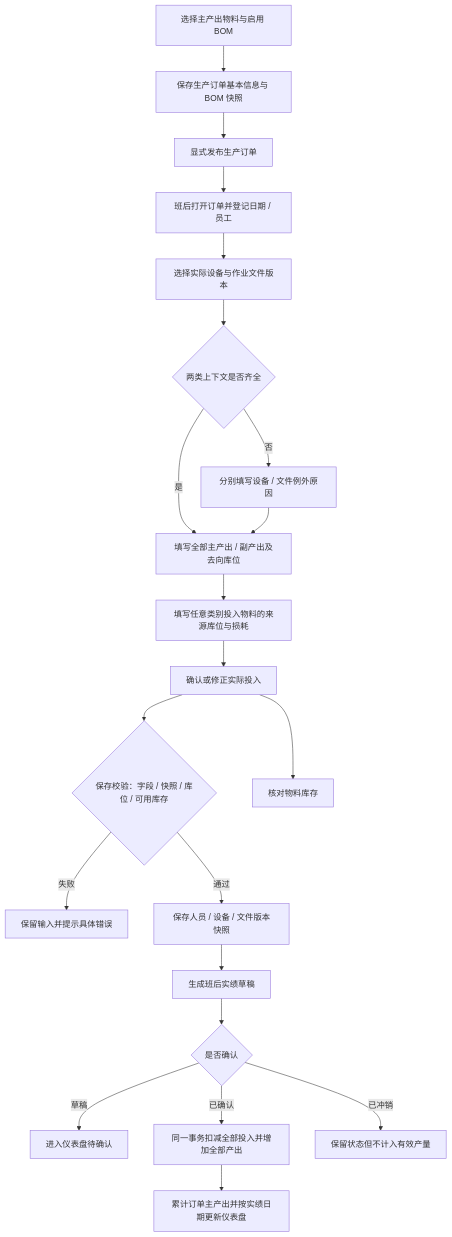
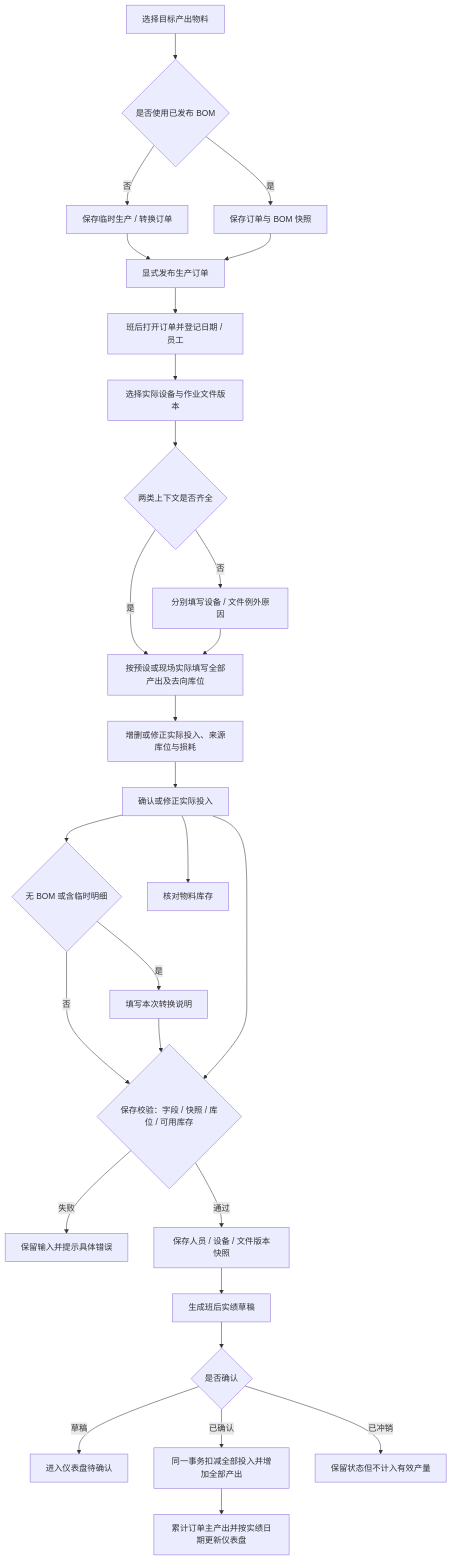
One commit to goldf2/mes-lite changed diagram 11 of 18 in docs/minierp/system-function-flow.md. Above: the diagram before and after it, drawn with Mermaid. The commit also changed other lines of this file and 33 other files, not shown here.

````diff
--- a/docs/minierp/system-function-flow.md
+++ b/docs/minierp/system-function-flow.md
@@ -395,23 +395,30 @@
 ```mermaid
 flowchart TD
-  A["选择主产出物料与启用 BOM"] --> B["保存生产订单基本信息与 BOM 快照"]
+  A["选择目标产出物料"] --> AB{"是否使用已发布 BOM"}
+  AB -->|是| B["保存订单与 BOM 快照"]
+  AB -->|否| BT["保存临时生产 / 转换订单"]
+  BT --> R
   B --> R["显式发布生产订单"]
   R --> C["班后打开订单并登记日期 / 员工"]
   C --> Q["选择实际设备与作业文件版本"]
   Q --> QV{"两类上下文是否齐全"}
   QV -->|否| QR["分别填写设备 / 文件例外原因"]
-  QV -->|是| D["填写全部主产出 / 副产出及去向库位"]
+  QV -->|是| D["按预设或现场实际填写全部产出及去向库位"]
   QR --> D
-  D --> E["填写任意类别投入物料的来源库位与损耗"]
+  D --> E["增删或修正实际投入、来源库位与损耗"]
   E --> I["确认或修正实际投入"]
+  I --> IV{"无 BOM 或含临时明细"}
+  IV -->|是| IN["填写本次转换说明"]
+  IV -->|否| V
+  IN --> V
   I --> V{"保存校验：字段 / 快照 / 库位 / 可用库存"}
   V -->|失败| X["保留输入并提示具体错误"]
   V -->|通过| J["保存人员 / 设备 / 文件版本快照"]
   J --> F["生成班后实绩草稿"]
   F --> K{"是否确认"}
   K -->|草稿| L["进入仪表盘待确认"]
   K -->|已确认| N["同一事务扣减全部投入并增加全部产出"]
   N --> G["累计订单主产出并按实绩日期更新仪表盘"]
   K -->|已冲销| M["保留状态但不计入有效产量"]
   I --> H["核对物料库存"]
 ```
````
